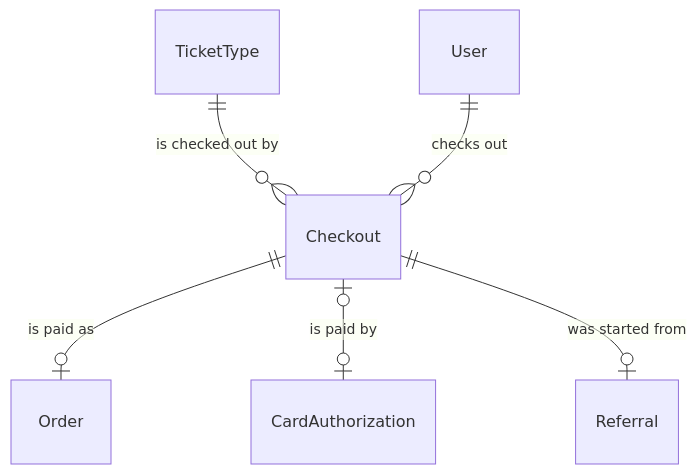
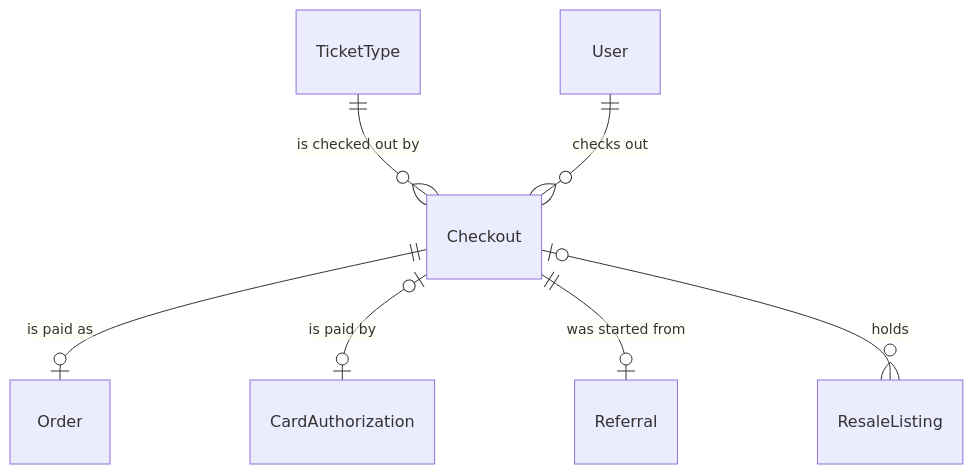
Before and after one commit to liverty-music/specification: the first of 2 diagrams in openspec/specs/components/entity/checkout/spec.md, drawn with Mermaid. The commit also changed other lines of this file and 79 other files, not shown here.

````diff
--- a/openspec/specs/components/entity/checkout/spec.md
+++ b/openspec/specs/components/entity/checkout/spec.md
@@ -20,8 +20,9 @@
 ```mermaid
 erDiagram
   TicketType ||--o{ Checkout : "is checked out by"
   User ||--o{ Checkout : "checks out"
   Checkout ||--o| Order : "is paid as"
   Checkout |o--o| CardAuthorization : "is paid by"
   Checkout ||--o| Referral : "was started from"
+  Checkout |o--o{ ResaleListing : "holds"
 ```
````
